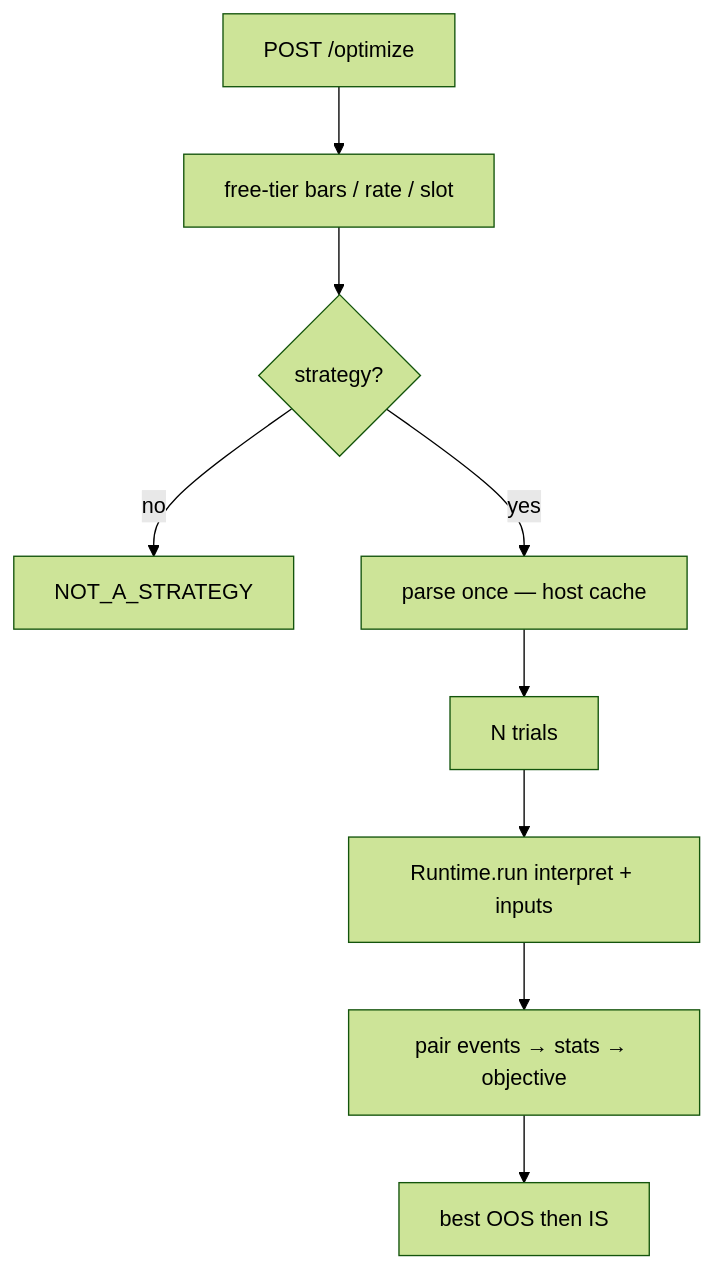
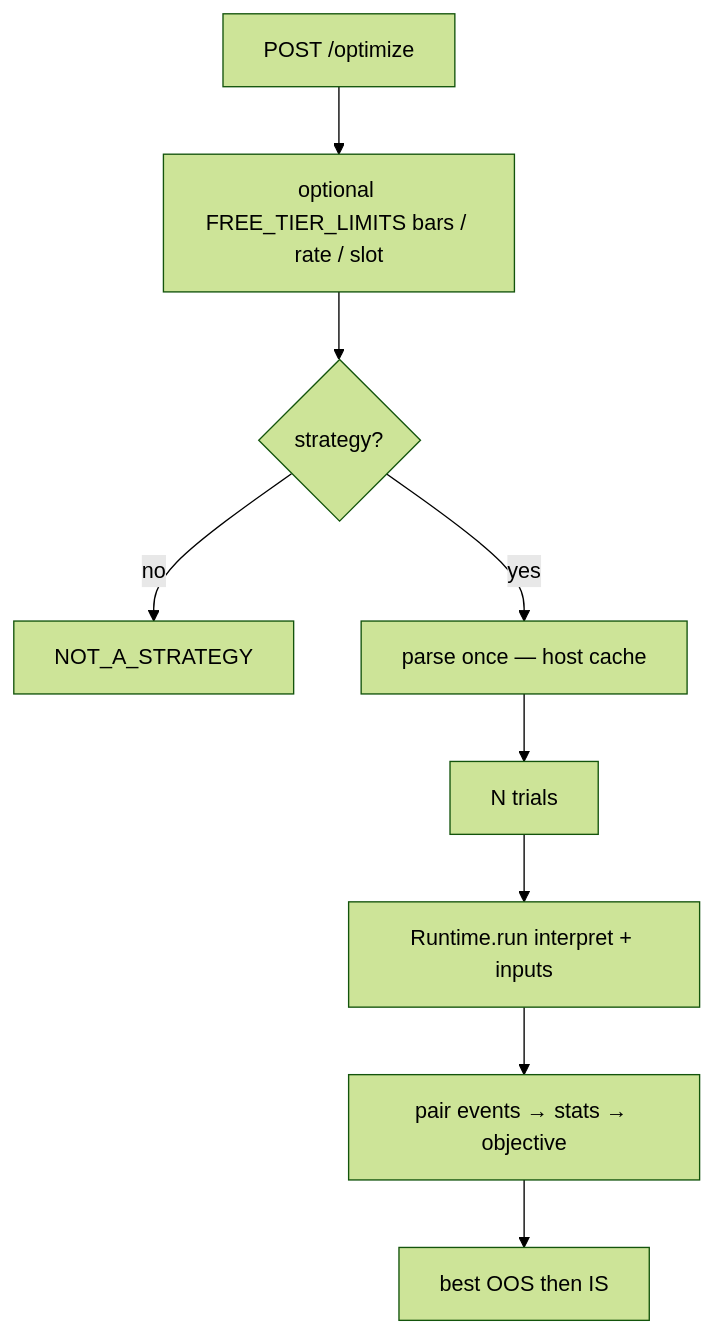
One commit to hoox-sh/pyne changed the diagram in docs/pyne/api/endpoints/optimize.mdx. Above: the diagram before and after it, drawn with Mermaid (forest theme). The commit also changed 12 other files, not shown here.

First line of the commit message:
feat: make Pro API free-tier limits opt-in (off by default)

````diff
--- a/docs/pyne/api/endpoints/optimize.mdx
+++ b/docs/pyne/api/endpoints/optimize.mdx
@@ -24,11 +24,11 @@
 ```mermaid
 flowchart TD
-  REQ[POST /optimize] --> GATE[free-tier bars / rate / slot]
+  REQ[POST /optimize] --> GATE[optional FREE_TIER_LIMITS bars / rate / slot]
   GATE --> KIND{strategy?}
   KIND -->|no| ERR[NOT_A_STRATEGY]
   KIND -->|yes| PARSE[parse once — host cache]
   PARSE --> LOOP[N trials]
   LOOP --> RUN[Runtime.run interpret + inputs]
   RUN --> SCORE[pair events → stats → objective]
   SCORE --> BEST[best OOS then IS]
 ```
````
